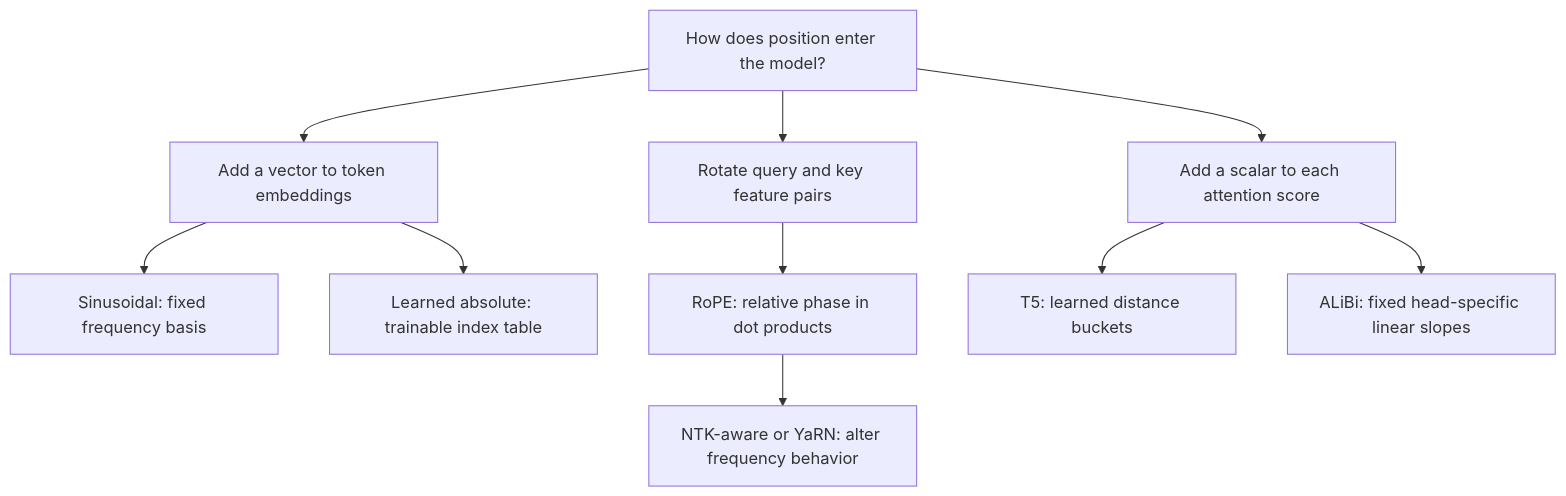
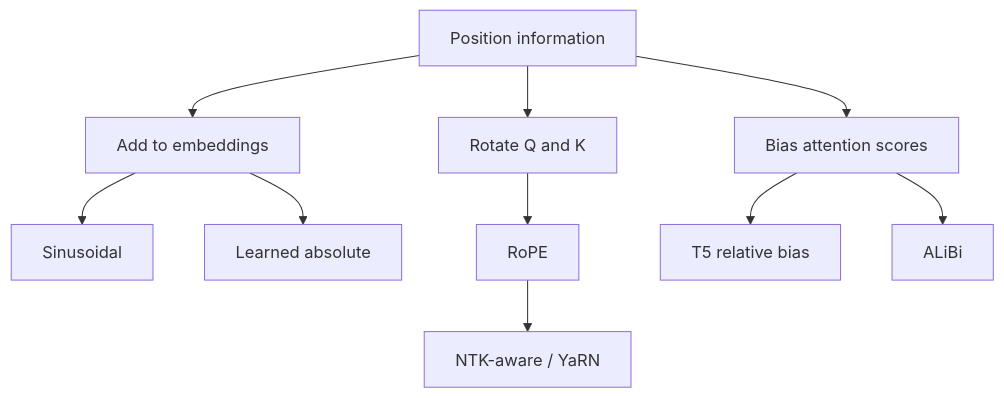
One commit to prkprime/ai changed the third of 3 diagrams in docs/branch-04-transformers-nlp/notes.md. Above: the diagram before and after it, drawn with Mermaid. The commit also changed other lines of this file and 12 other files, not shown here.

First line of the commit message:
docs: Fix mobile overflow and diagram readability

````diff
--- a/docs/branch-04-transformers-nlp/notes.md
+++ b/docs/branch-04-transformers-nlp/notes.md
@@ -995,12 +1000,12 @@
 ```mermaid
 flowchart TD
-    P["How does position enter the model?"] --> ADD["Add a vector to token embeddings"]
-    P --> ROT["Rotate query and key feature pairs"]
-    P --> BIAS["Add a scalar to each attention score"]
-    ADD --> SIN["Sinusoidal: fixed frequency basis"]
-    ADD --> LEARN["Learned absolute: trainable index table"]
-    ROT --> ROPE["RoPE: relative phase in dot products"]
-    ROPE --> EXT["NTK-aware or YaRN: alter frequency behavior"]
-    BIAS --> T5["T5: learned distance buckets"]
-    BIAS --> ALI["ALiBi: fixed head-specific linear slopes"]
+    P["Position information"] --> ADD["Add to embeddings"]
+    P --> ROT["Rotate Q and K"]
+    P --> BIAS["Bias attention scores"]
+    ADD --> SIN["Sinusoidal"]
+    ADD --> LEARN["Learned absolute"]
+    ROT --> ROPE["RoPE"]
+    ROPE --> EXT["NTK-aware / YaRN"]
+    BIAS --> T5["T5 relative bias"]
+    BIAS --> ALI["ALiBi"]
 ```
````
